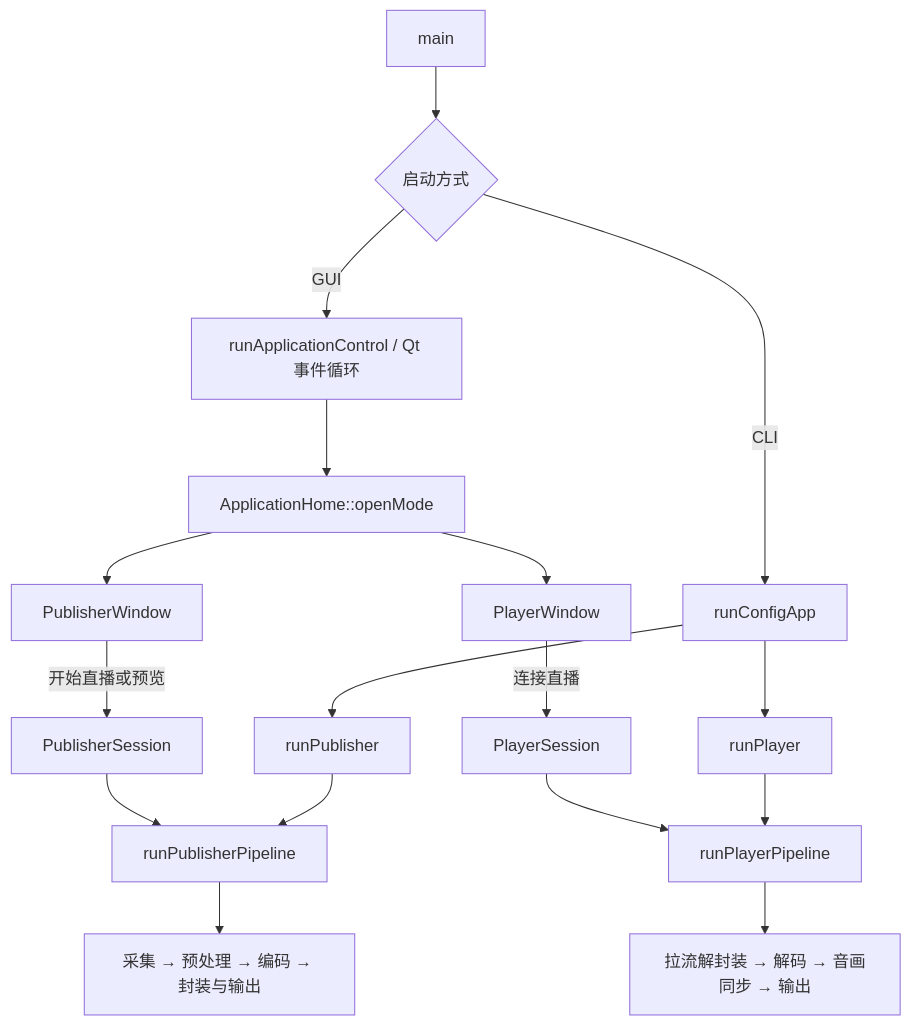
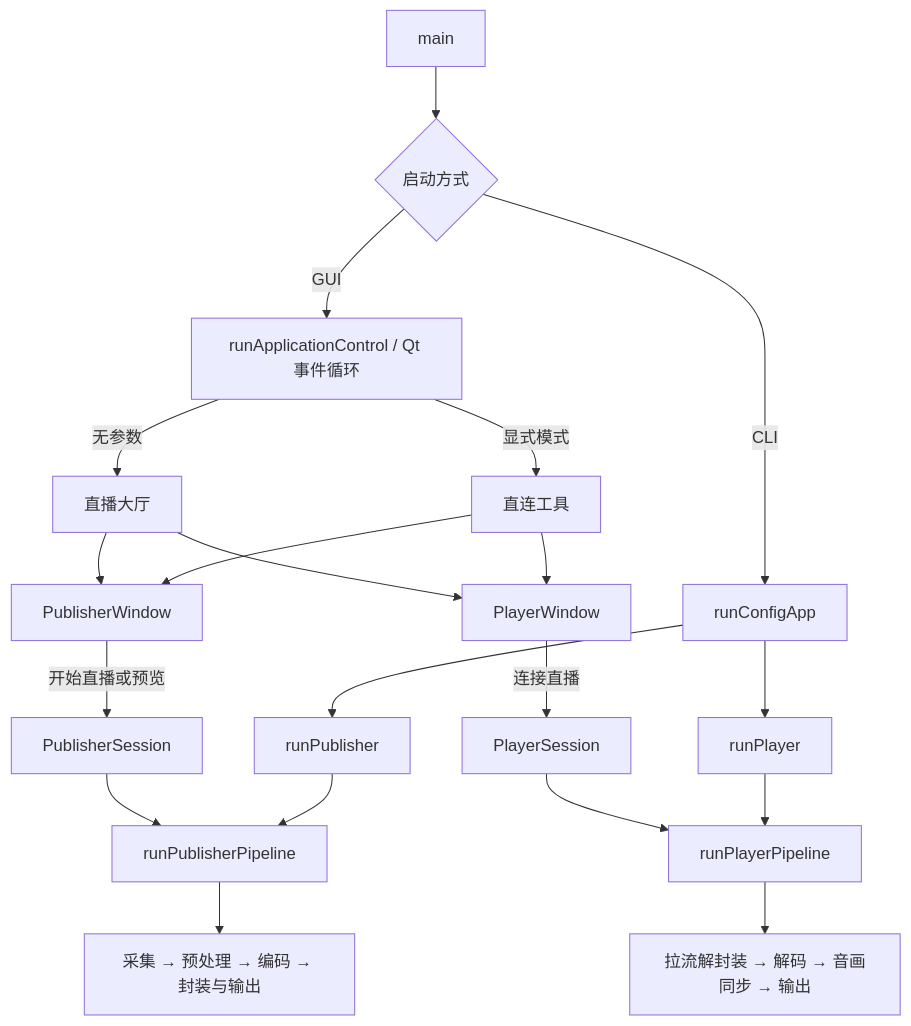
The diagram in docs/function-call-order.md (hello318869/LiveStreamLab), drawn with Mermaid before and after one commit. The commit also changed other lines of this file and 37 other files, not shown here.

````diff
--- a/docs/function-call-order.md
+++ b/docs/function-call-order.md
@@ -15,19 +15,22 @@
 ```mermaid
 flowchart TD
     A[main] --> B{启动方式}
     B -->|GUI| C[runApplicationControl / Qt 事件循环]
-    C --> D[ApplicationHome::openMode]
+    C -->|无参数| D[直播大厅]
+    C -->|显式模式| P[直连工具]
     D --> E[PublisherWindow]
     D --> F[PlayerWindow]
+    P --> E
+    P --> F
     E -->|开始直播或预览| G[PublisherSession]
     F -->|连接直播| H[PlayerSession]
     B -->|CLI| I[runConfigApp]
     I --> J[runPublisher]
     I --> K[runPlayer]
     G --> L[runPublisherPipeline]
     J --> L
     H --> M[runPlayerPipeline]
     K --> M
     L --> N[采集 → 预处理 → 编码 → 封装与输出]
     M --> O[拉流解封装 → 解码 → 音画同步 → 输出]
 ```
````
